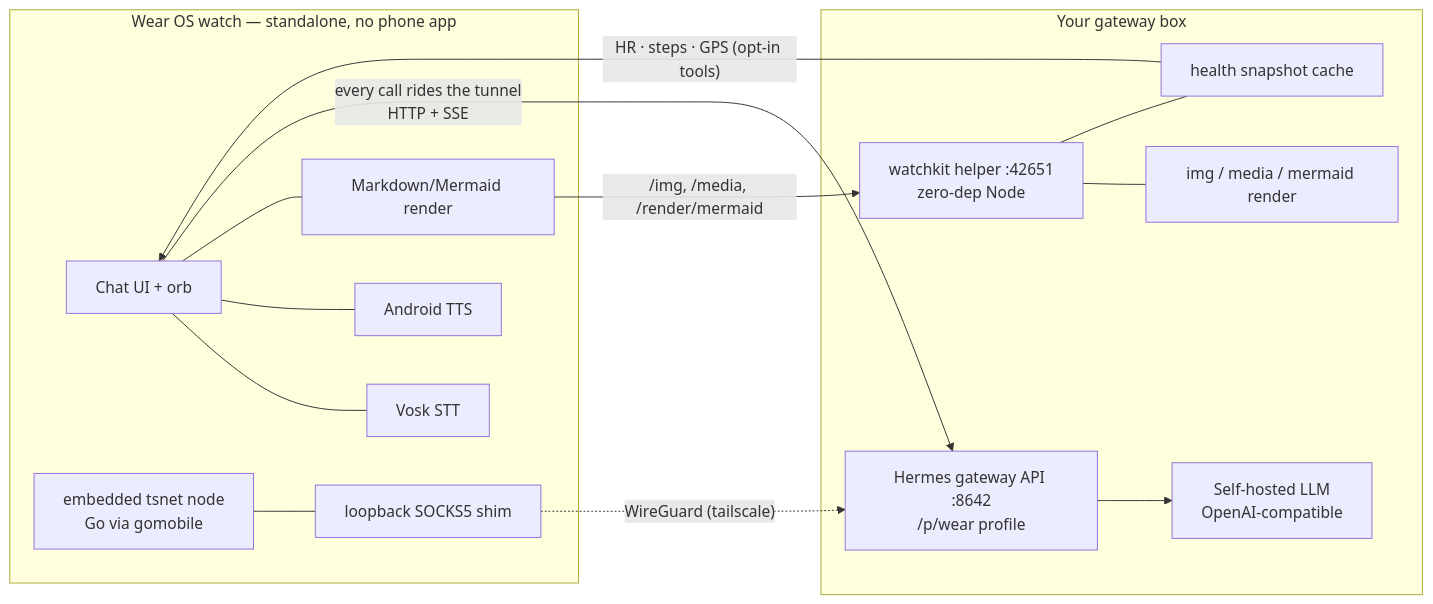
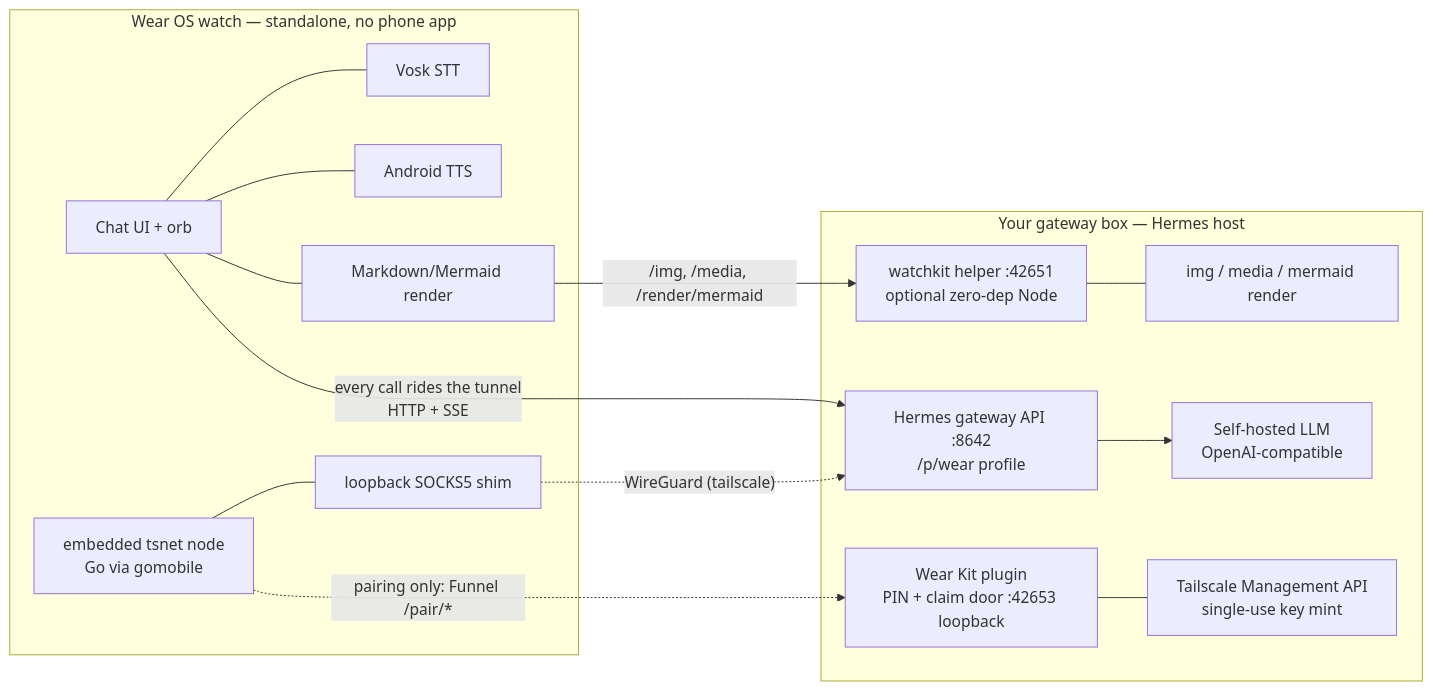
Before and after one commit to borealBytes/hermes-wearos: the second of 3 diagrams in README.md, drawn with Mermaid. The commit also changed other lines of this file and 166 other files, not shown here.

First line of the commit message:
Wear Kit pluginization: hermes-plugin/, tailnet-only enforcement, first CI (#4)

````diff
--- a/README.md
+++ b/README.md
@@ -203,16 +203,16 @@
 ```mermaid
 flowchart LR
     subgraph watch [Wear OS watch — standalone, no phone app]
         UI[Chat UI + orb] --- STT[Vosk STT] & TTS[Android TTS] & MD[Markdown/Mermaid render]
         NODE[embedded tsnet node<br/>Go via gomobile] --- SOCKS[loopback SOCKS5 shim]
     end
-    subgraph server [Your gateway box]
+    subgraph server [Your gateway box — Hermes host]
+        PLG[Wear Kit plugin<br/>PIN + claim door :42653 loopback] --- TS[Tailscale Management API<br/>single-use key mint]
         HG[Hermes gateway API :8642<br/>/p/wear profile] --> LLM[Self-hosted LLM<br/>OpenAI-compatible]
-        WK[watchkit helper :42651<br/>zero-dep Node] --- IMG[img / media / mermaid render]
-        WK --- BODY[health snapshot cache]
+        WK[watchkit helper :42651<br/>optional zero-dep Node] --- IMG[img / media / mermaid render]
     end
     UI -- "every call rides the tunnel<br/>HTTP + SSE" --> HG
     MD -- "/img, /media, /render/mermaid" --> WK
     SOCKS -. WireGuard (tailscale) .-> HG
-    BODY -- "HR · steps · GPS (opt-in tools)" --> UI
+    NODE -. "pairing only: Funnel /pair/*" .-> PLG
 ```
````
